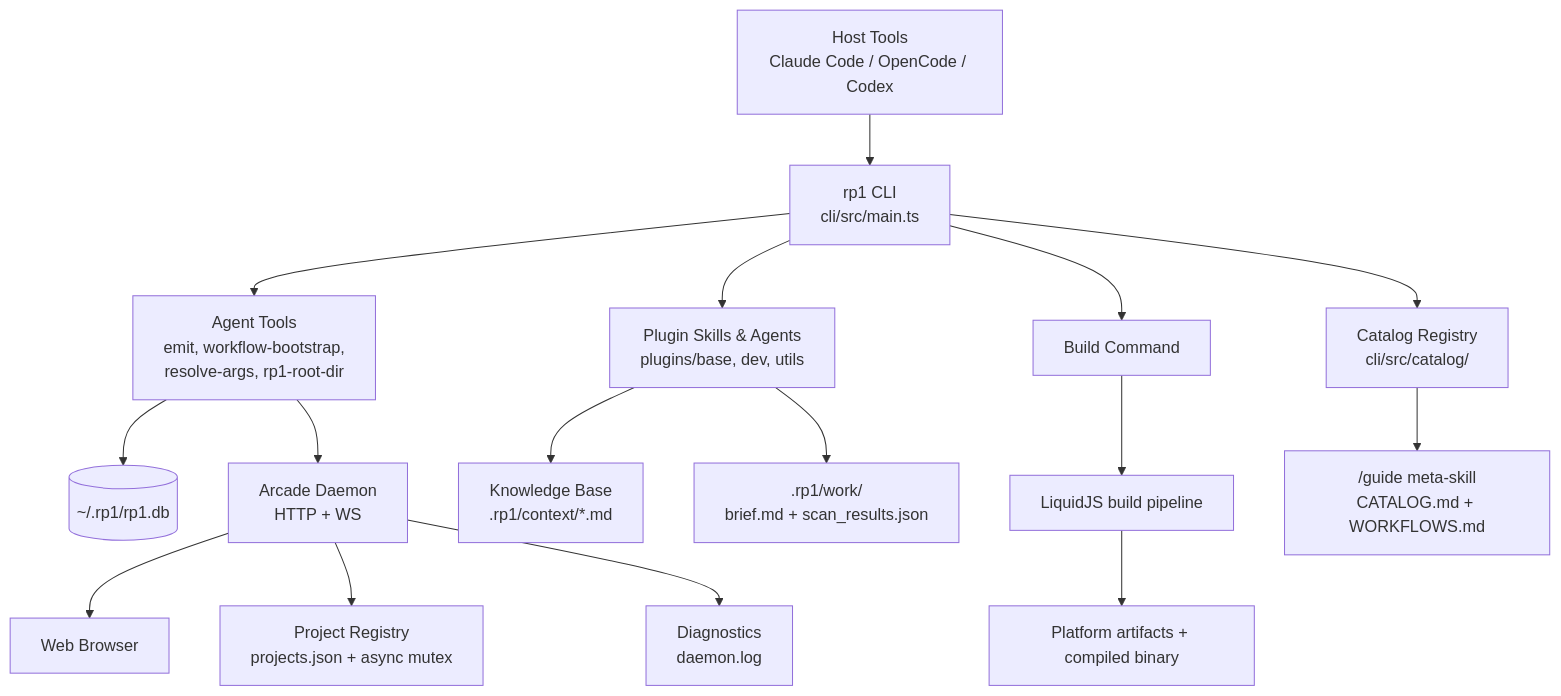
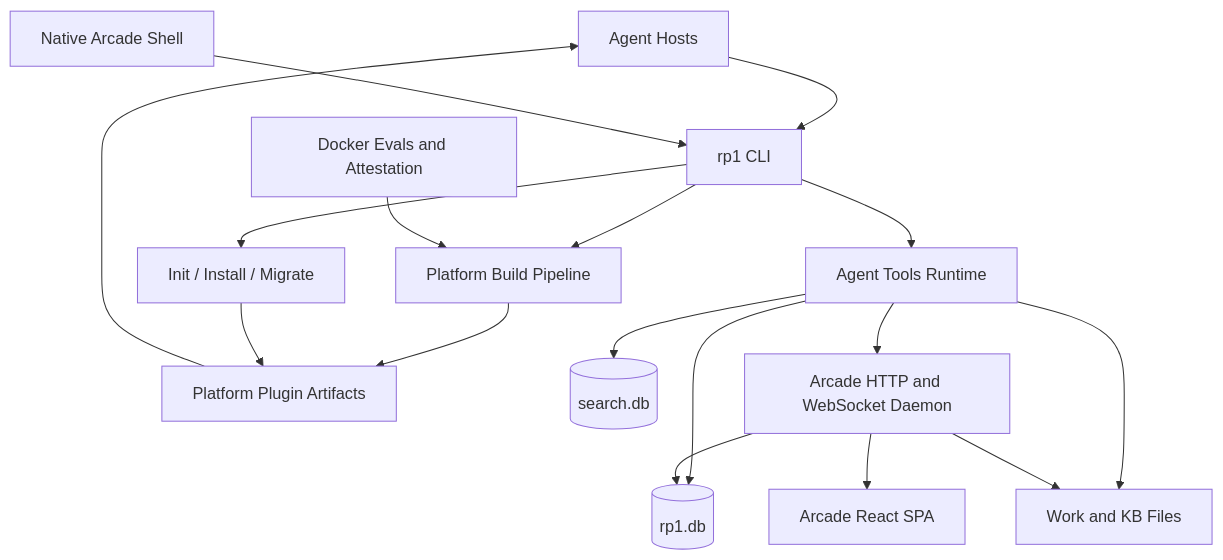
Before and after one commit to rp1-run/rp1: the diagram in .rp1/context/architecture.md, drawn with Mermaid. The commit also changed other lines of this file and 6 other files, not shown here.

````diff
--- a/.rp1/context/architecture.md
+++ b/.rp1/context/architecture.md
@@ -22,18 +9,19 @@
 ```mermaid
 flowchart TB
-    Host["Host Tools\nClaude Code / OpenCode / Codex"] --> CLI["rp1 CLI\ncli/src/main.ts"]
-    CLI --> Skills["Plugin Skills & Agents\nplugins/base, dev, utils"]
-    CLI --> AgentTools["Agent Tools\nemit, workflow-bootstrap,\nresolve-args, rp1-root-dir"]
-    CLI --> Build["Build Command"]
-    CLI --> Catalog["Catalog Registry\ncli/src/catalog/"]
-    AgentTools --> EventDB[("~/.rp1/rp1.db")]
-    AgentTools --> Daemon["Arcade Daemon\nHTTP + WS"]
-    Daemon --> Browser["Web Browser"]
-    Daemon --> Registry["Project Registry\nprojects.json + async mutex"]
-    Daemon --> Diagnostics["Diagnostics\ndaemon.log"]
-    Skills --> KB["Knowledge Base\n.rp1/context/*.md"]
-    Skills --> Work[".rp1/work/\nbrief.md + scan_results.json"]
-    Build --> Pipeline["LiquidJS build pipeline"]
-    Pipeline --> Artifacts["Platform artifacts + compiled binary"]
-    Catalog --> Guide["/guide meta-skill\nCATALOG.md + WORKFLOWS.md"]
+  Hosts[Agent Hosts] --> CLI[rp1 CLI]
+  Native[Native Arcade Shell] --> CLI
+  CLI --> Init[Init / Install / Migrate]
+  CLI --> Build[Platform Build Pipeline]
+  CLI --> Tools[Agent Tools Runtime]
+  Build --> Artifacts[Platform Plugin Artifacts]
+  Artifacts --> Hosts
+  Init --> Artifacts
+  Tools --> DB[(rp1.db)]
+  Tools --> Work[Work and KB Files]
+  Tools --> Search[(search.db)]
+  Tools --> Daemon[Arcade HTTP and WebSocket Daemon]
+  Daemon --> Web[Arcade React SPA]
+  Daemon --> DB
+  Daemon --> Work
+  Evals[Docker Evals and Attestation] --> Build
 ```
````
